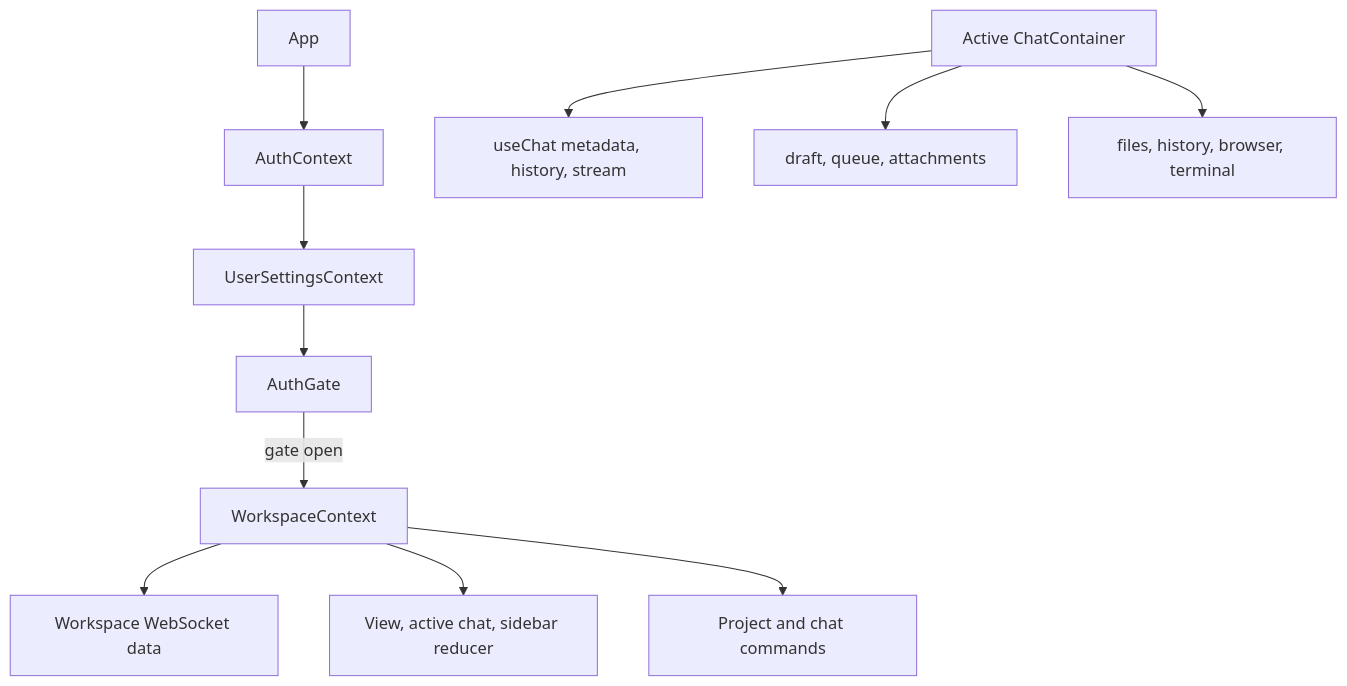
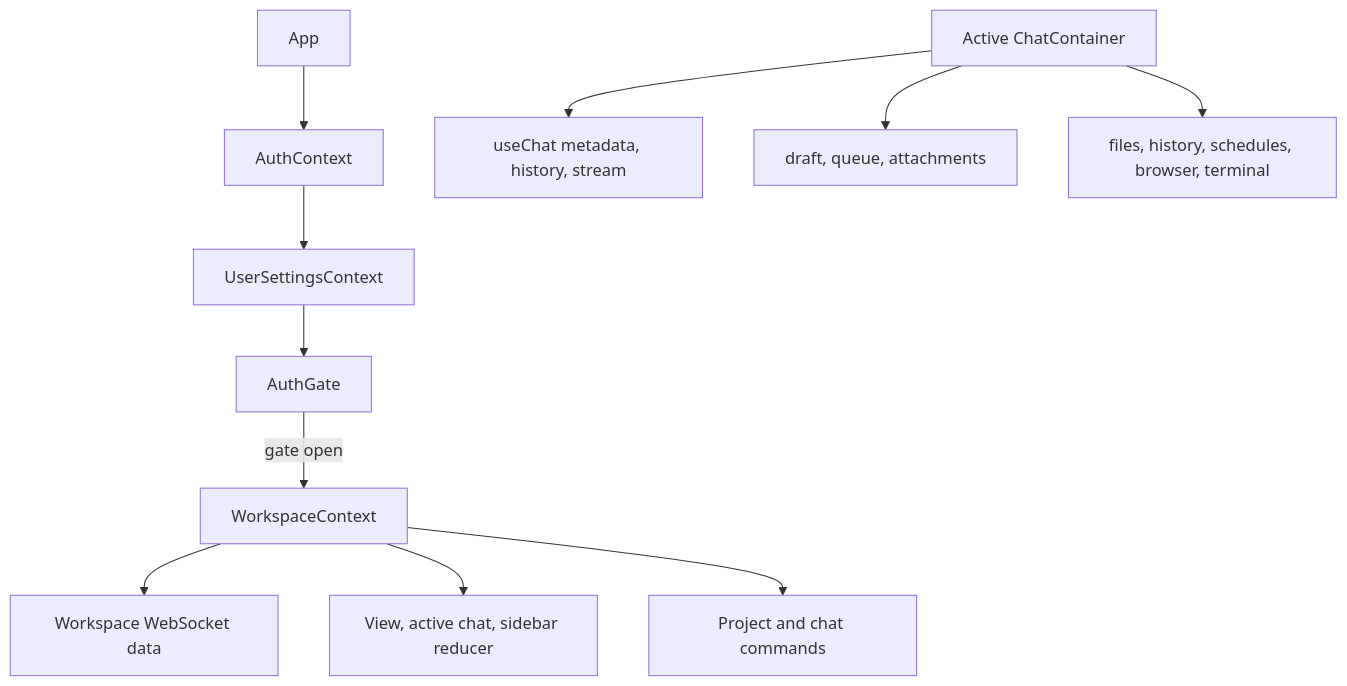
Before and after one commit to AbdallahMohamedDotnet/remote.futrx: the third of 4 diagrams in docs/03-platform/07-data-and-frontend-state.md, drawn with Mermaid. The commit also changed other lines of this file and 25 other files, not shown here.

````diff
--- a/docs/03-platform/07-data-and-frontend-state.md
+++ b/docs/03-platform/07-data-and-frontend-state.md
@@ -127,15 +151,15 @@
 ```mermaid
 flowchart TD
     App["App"] --> Auth["AuthContext"]
     Auth --> Settings["UserSettingsContext"]
     Settings --> Gate["AuthGate"]
     Gate -->|"gate open"| Workspace["WorkspaceContext"]
 
     Workspace --> Data["Workspace WebSocket data"]
     Workspace --> UI["View, active chat, sidebar reducer"]
     Workspace --> Commands["Project and chat commands"]
 
     ActiveChat["Active ChatContainer"] --> ChatHook["useChat metadata, history, stream"]
     ActiveChat --> Composer["draft, queue, attachments"]
-    ActiveChat --> Drawers["files, history, browser, terminal"]
+    ActiveChat --> Drawers["files, history, schedules, browser, terminal"]
 ```
````
